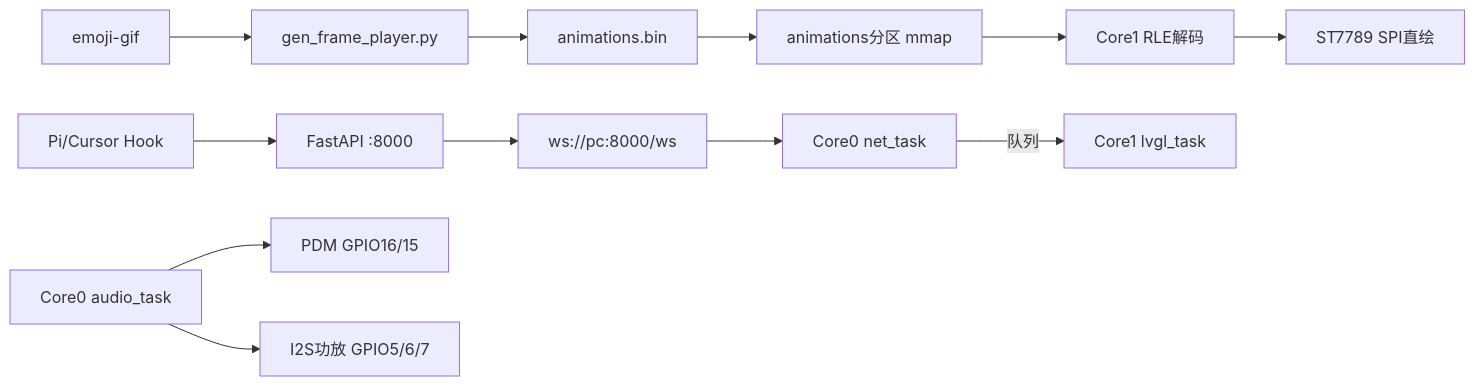
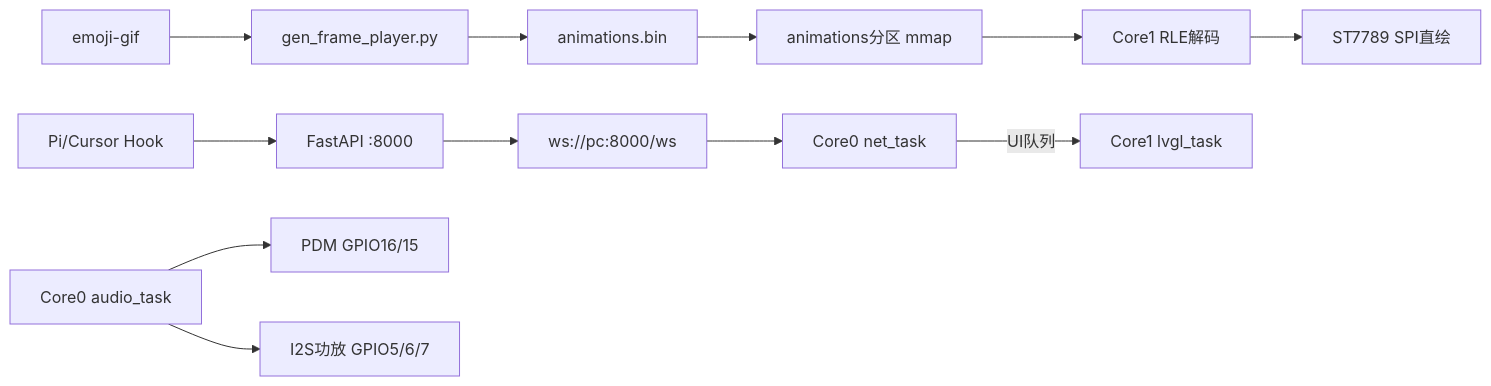
Before and after one commit to ATongHru/AgentDisplay: the first of 3 diagrams in README.md, drawn with Mermaid. The commit also changed other lines of this file and 34 other files, not shown here.

````diff
--- a/README.md
+++ b/README.md
@@ -9,14 +19,14 @@
 ```mermaid
 flowchart LR
   gifSrc[emoji-gif] --> genPy[gen_frame_player.py]
   genPy --> animBin[animations.bin]
   animBin --> flashPart[animations分区 mmap]
   flashPart --> rle[Core1 RLE解码]
   rle --> spi[ST7789 SPI直绘]
   hook[Pi/Cursor Hook] --> backend[FastAPI :8000]
   backend --> ws[ws://pc:8000/ws]
   ws --> netTask[Core0 net_task]
-  netTask -->|队列| lvglTask[Core1 lvgl_task]
+  netTask -->|UI队列| lvglTask[Core1 lvgl_task]
   i2sTask[Core0 audio_task] --> pdm[PDM GPIO16/15]
   i2sTask --> amp[I2S功放 GPIO5/6/7]
 ```
````
